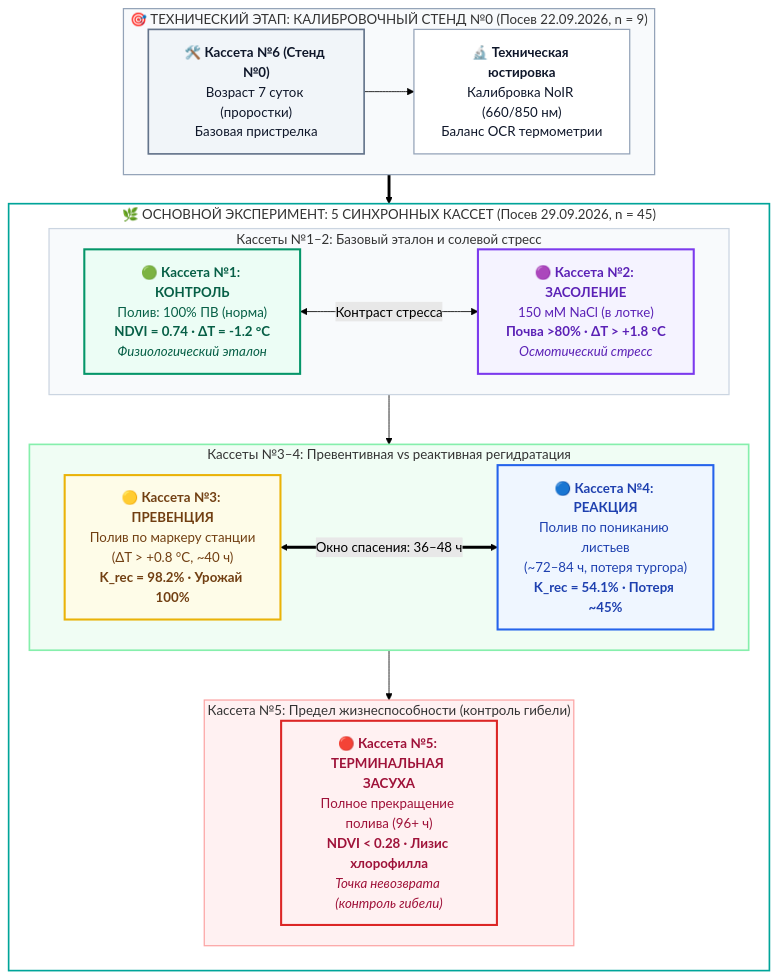
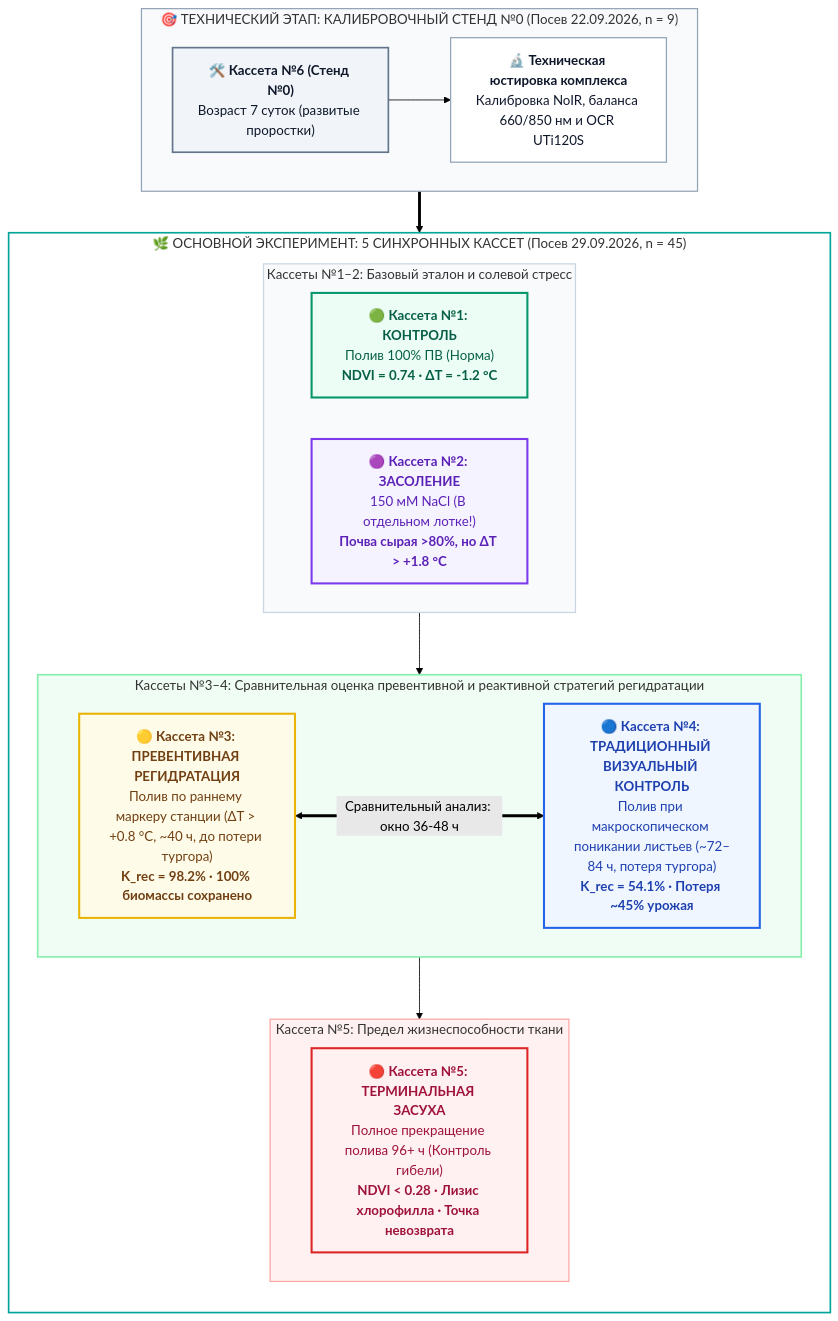
One commit to ezicvtumane/plant-stress-ndvi changed the diagram in README.md. Above: the diagram before and after it, drawn with Mermaid (forest theme). The commit also changed other lines of this file and 74 other files, not shown here.

````diff
--- a/README.md
+++ b/README.md
@@ -167,48 +167,46 @@
 ```mermaid
-%%{init: {'flowchart': {'nodeSpacing': 30, 'rankSpacing': 35}}}%%
 flowchart TD
     subgraph Calib["🎯 ТЕХНИЧЕСКИЙ ЭТАП: КАЛИБРОВОЧНЫЙ СТЕНД №0 (Посев 22.09.2026, n = 9)"]
         direction LR
-        C0["🛠️ <b>Кассета №6 (Стенд №0)</b><br/>Возраст 7 суток (проростки)<br/>Базовая пристрелка"] --> R0["🔬 <b>Техническая юстировка</b><br/>Калибровка NoIR (660/850 нм)<br/>Баланс OCR термометрии"]
+        C0["🛠️ <b>Кассета №6 (Стенд №0)</b><br/>Возраст 7 суток (развитые проростки)"] --> R0["🔬 <b>Техническая юстировка комплекса</b><br/>Калибровка NoIR, баланса 660/850 нм и OCR UTi120S"]
     end
 
     subgraph S5["🌿 ОСНОВНОЙ ЭКСПЕРИМЕНТ: 5 СИНХРОННЫХ КАССЕТ (Посев 29.09.2026, n = 45)"]
         direction TB
-
+        
         subgraph Row1["Кассеты №1–2: Базовый эталон и солевой стресс"]
             direction LR
-            C1["🟢 <b>Кассета №1: КОНТРОЛЬ</b><br/>Полив: 100% ПВ (норма)<br/><b>NDVI = 0.74 · ΔT = -1.2 °C</b><br/><i>Физиологический эталон</i>"]
-            C2["🟣 <b>Кассета №2: ЗАСОЛЕНИЕ</b><br/>150 мМ NaCl (в лотке)<br/><b>Почва >80% · ΔT > +1.8 °C</b><br/><i>Осмотический стресс</i>"]
-            C1 <-->|"Контраст стресса"| C2
+            C1["🟢 <b>Кассета №1: КОНТРОЛЬ</b><br/>Полив 100% ПВ (Норма)<br/><b>NDVI = 0.74 · ΔT = -1.2 °C</b>"]
+            C2["🟣 <b>Кассета №2: ЗАСОЛЕНИЕ</b><br/>150 мМ NaCl (В отдельном лотке!)<br/><b>Почва сырая >80%, но ΔT > +1.8 °C</b>"]
         end
 
-        subgraph Row2["Кассеты №3–4: Превентивная vs реактивная регидратация"]
+        subgraph Row2["Кассеты №3–4: Сравнительная оценка превентивной и реактивной стратегий регидратации"]
             direction LR
-            C3["🟡 <b>Кассета №3: ПРЕВЕНЦИЯ</b><br/>Полив по маркеру станции<br/>(ΔT > +0.8 °C, ~40 ч)<br/><b>K_rec = 98.2% · Урожай 100%</b>"]
-            C4["🔵 <b>Кассета №4: РЕАКЦИЯ</b><br/>Полив по пониканию листьев<br/>(~72–84 ч, потеря тургора)<br/><b>K_rec = 54.1% · Потеря ~45%</b>"]
-            C3 <==>|"Окно спасения: 36–48 ч"| C4
+            C3["🟡 <b>Кассета №3: ПРЕВЕНТИВНАЯ РЕГИДРАТАЦИЯ</b><br/>Полив по раннему маркеру станции (ΔT > +0.8 °C, ~40 ч, до потери тургора)<br/><b>K_rec = 98.2% · 100% биомассы сохранено</b>"]
+            C4["🔵 <b>Кассета №4: ТРАДИЦИОННЫЙ ВИЗУАЛЬНЫЙ КОНТРОЛЬ</b><br/>Полив при макроскопическом поникании листьев (~72–84 ч, потеря тургора)<br/><b>K_rec = 54.1% · Потеря ~45% урожая</b>"]
+            C3 <==>|"Сравнительный анализ: окно 36-48 ч"| C4
         end
 
-        subgraph Row3["Кассета №5: Предел жизнеспособности (контроль гибели)"]
+        subgraph Row3["Кассета №5: Предел жизнеспособности ткани"]
             direction LR
-            C5["🔴 <b>Кассета №5: ТЕРМИНАЛЬНАЯ ЗАСУХА</b><br/>Полное прекращение полива (96+ ч)<br/><b>NDVI < 0.28 · Лизис хлорофилла</b><br/><i>Точка невозврата (контроль гибели)</i>"]
+            C5["🔴 <b>Кассета №5: ТЕРМИНАЛЬНАЯ ЗАСУХА</b><br/>Полное прекращение полива 96+ ч (Контроль гибели)<br/><b>NDVI < 0.28 · Лизис хлорофилла · Точка невозврата</b>"]
         end
-
+        
         Row1 --> Row2 --> Row3
     end
 
     Calib ==> S5
 
     style C0 fill:#f1f5f9,stroke:#64748b,stroke-width:2px,color:#0f172a
     style R0 fill:#ffffff,stroke:#94a3b8,stroke-width:1.5px,color:#0f172a
     style C1 fill:#ecfdf5,stroke:#059669,stroke-width:2.5px,color:#065f46
     style C2 fill:#f5f3ff,stroke:#7c3aed,stroke-width:2.5px,color:#5b21b6
+    style C5 fill:#fff1f2,stroke:#dc2626,stroke-width:2.5px,color:#9f1239
     style C3 fill:#fefce8,stroke:#eab308,stroke-width:2.5px,color:#713f12
     style C4 fill:#eff6ff,stroke:#2563eb,stroke-width:2.5px,color:#1e40af
-    style C5 fill:#fff1f2,stroke:#dc2626,stroke-width:2.5px,color:#9f1239
     style Calib fill:#f8fafc,stroke:#94a3b8,stroke-width:1.5px
     style S5 fill:#ffffff,stroke:#00a499,stroke-width:2px
     style Row1 fill:#f8fafc,stroke:#cbd5e1,stroke-width:1.5px
     style Row2 fill:#f0fdf4,stroke:#86efac,stroke-width:2px
     style Row3 fill:#fff1f2,stroke:#fca5a5,stroke-width:1.5px
 ```
````
